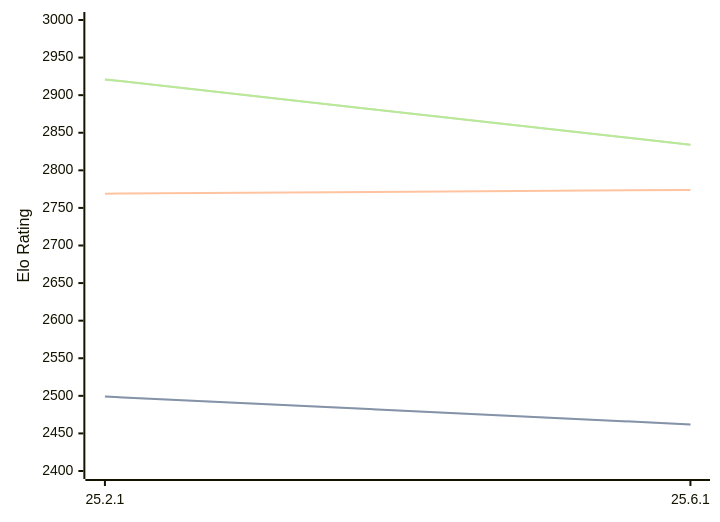
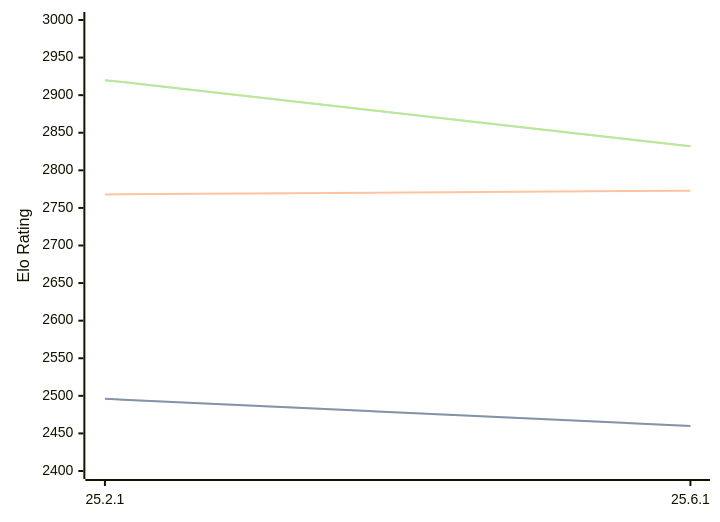
One commit to computer-chess-index/cci changed the diagram in engines/Crafty.md. Above: the diagram before and after it, drawn with Mermaid. The commit also changed other lines of this file, not shown here.

Commit message:
Update CCI Ratings (ELO VLTC) - 2026-08-12

````diff
--- a/engines/Crafty.md
+++ b/engines/Crafty.md
@@ -32,11 +32,11 @@
 ```mermaid
 %%{init: {"theme":"base","themeVariables":{"seriesColors:['#a3a3a3','#222221','#faa371']}}}%%
 xychart-beta
   x-axis ["25.2.1", "25.6.1"]
   y-axis "Elo Rating" 2400 --> 3000
-  line "STC (8.0+0.08s)" [2499, 2462]
-  line "STC (8.0+0.08s)" [2499, 2462]
-  line "LTC (60.0+0.60s)" [2769, 2774]
-  line "VLTC (2m24s+1.12s)" [2921, 2834]
-  line "VLTC (2m24s+1.12s)" [2921, 2834]
+  line "STC (8.0+0.08s)" [2496, 2460]
+  line "STC (8.0+0.08s)" [2496, 2460]
+  line "LTC (60.0+0.60s)" [2768, 2773]
+  line "VLTC (2m24s+1.12s)" [2920, 2832]
+  line "VLTC (2m24s+1.12s)" [2920, 2832]
 ```
````
